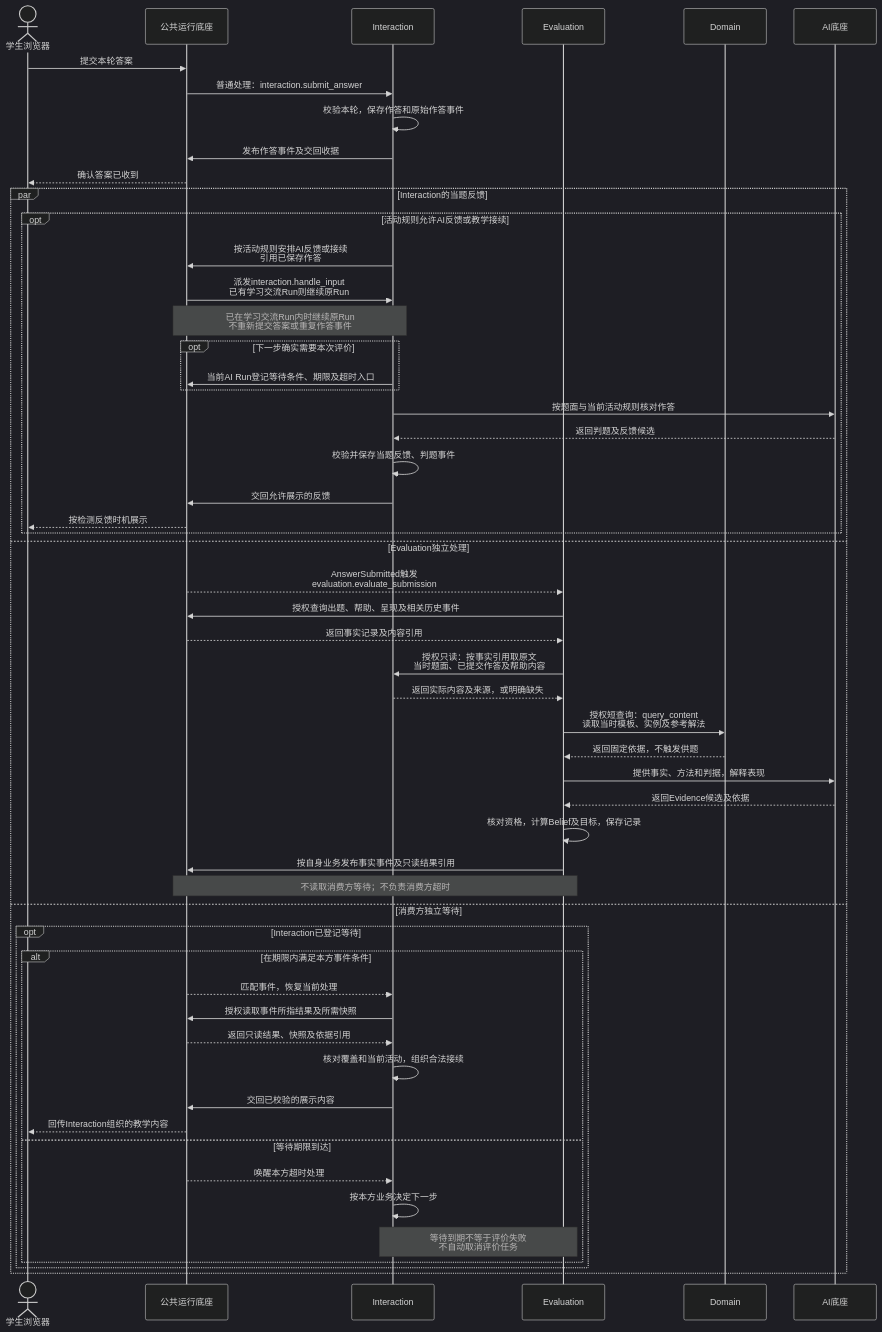
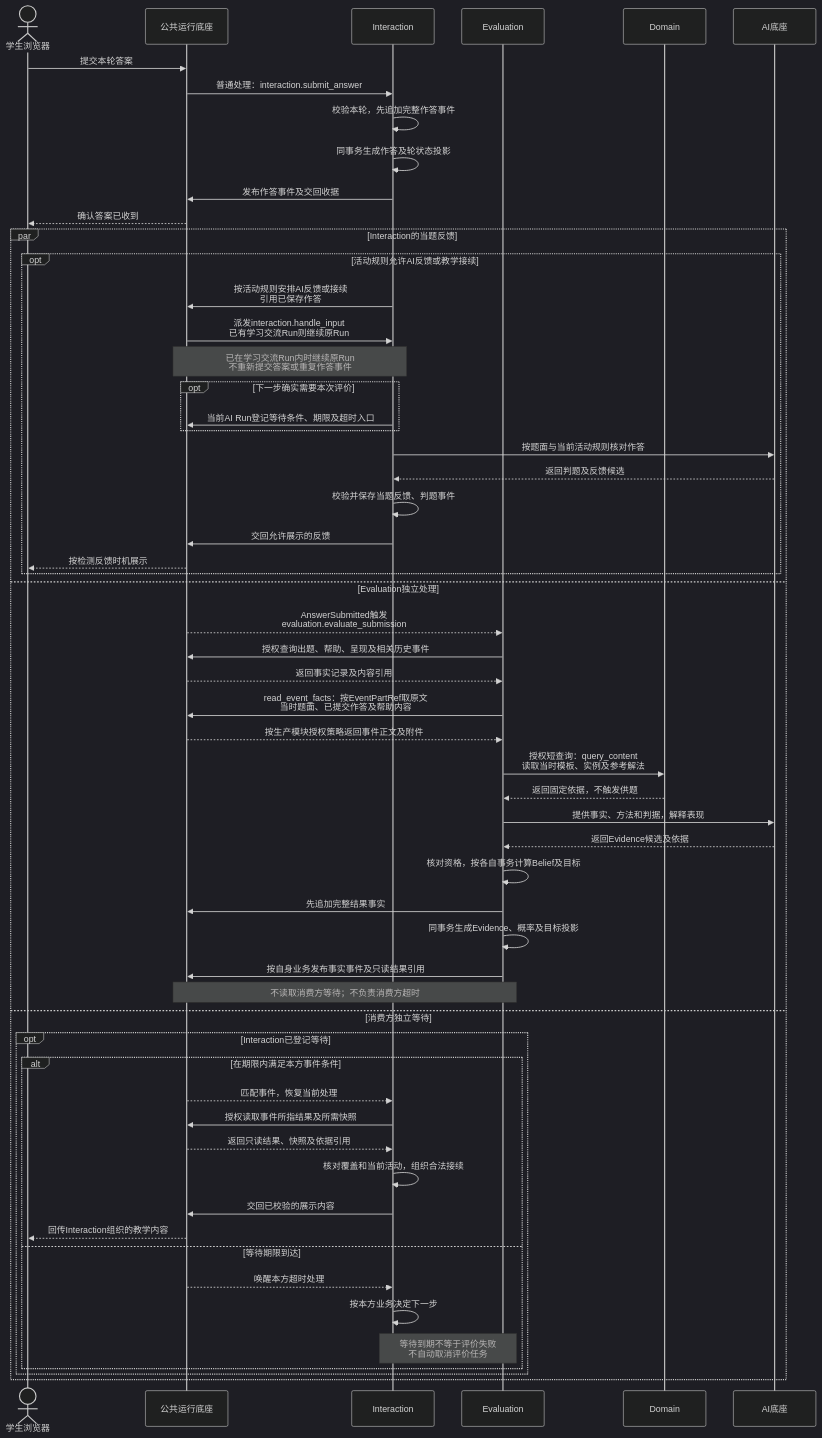
Before and after one commit to ivgotcrazy/deermind: the eighth of 11 diagrams in doc/mvp/m1/engineering/System_Design.md, drawn with Mermaid (dark theme). The commit also changed other lines of this file and 33 other files, not shown here.

````diff
--- a/doc/mvp/m1/engineering/System_Design.md
+++ b/doc/mvp/m1/engineering/System_Design.md
@@ -424,57 +440,60 @@
 ```mermaid
 sequenceDiagram
   actor S as 学生浏览器
   participant R as 公共运行底座
   participant I as Interaction
   participant E as Evaluation
   participant D as Domain
   participant AI as AI底座
   S->>R: 提交本轮答案
   R->>I: 普通处理：interaction.submit_answer
-  I->>I: 校验本轮，保存作答和原始作答事件
+  I->>I: 校验本轮，先追加完整作答事件
+  I->>I: 同事务生成作答及轮状态投影
   I->>R: 发布作答事件及交回收据
   R-->>S: 确认答案已收到
   par Interaction的当题反馈
     opt 活动规则允许AI反馈或教学接续
     I->>R: 按活动规则安排AI反馈或接续<br/>引用已保存作答
     R->>I: 派发interaction.handle_input<br/>已有学习交流Run则继续原Run
     Note over R,I: 已在学习交流Run内时继续原Run<br/>不重新提交答案或重复作答事件
     opt 下一步确实需要本次评价
       I->>R: 当前AI Run登记等待条件、期限及超时入口
     end
     I->>AI: 按题面与当前活动规则核对作答
     AI-->>I: 返回判题及反馈候选
     I->>I: 校验并保存当题反馈、判题事件
     I->>R: 交回允许展示的反馈
     R-->>S: 按检测反馈时机展示
     end
   and Evaluation独立处理
     R-->>E: AnswerSubmitted触发<br/>evaluation.evaluate_submission
     E->>R: 授权查询出题、帮助、呈现及相关历史事件
     R-->>E: 返回事实记录及内容引用
-    E->>I: 授权只读：按事实引用取原文<br/>当时题面、已提交作答及帮助内容
-    I-->>E: 返回实际内容及来源，或明确缺失
+    E->>R: read_event_facts：按EventPartRef取原文<br/>当时题面、已提交作答及帮助内容
+    R-->>E: 按生产模块授权策略返回事件正文及附件
     E->>D: 授权短查询：query_content<br/>读取当时模板、实例及参考解法
     D-->>E: 返回固定依据，不触发供题
     E->>AI: 提供事实、方法和判据，解释表现
     AI-->>E: 返回Evidence候选及依据
-    E->>E: 核对资格，计算Belief及目标，保存记录
+    E->>E: 核对资格，按各自事务计算Belief及目标
+    E->>R: 先追加完整结果事实
+    E->>E: 同事务生成Evidence、概率及目标投影
     E->>R: 按自身业务发布事实事件及只读结果引用
     Note over E,R: 不读取消费方等待；不负责消费方超时
   and 消费方独立等待
     opt Interaction已登记等待
       alt 在期限内满足本方事件条件
         R-->>I: 匹配事件，恢复当前处理
         I->>R: 授权读取事件所指结果及所需快照
         R-->>I: 返回只读结果、快照及依据引用
         I->>I: 核对覆盖和当前活动，组织合法接续
         I->>R: 交回已校验的展示内容
         R-->>S: 回传Interaction组织的教学内容
       else 等待期限到达
         R-->>I: 唤醒本方超时处理
         I->>I: 按本方业务决定下一步
         Note over I,E: 等待到期不等于评价失败<br/>不自动取消评价任务
       end
     end
   end
 ```
````
